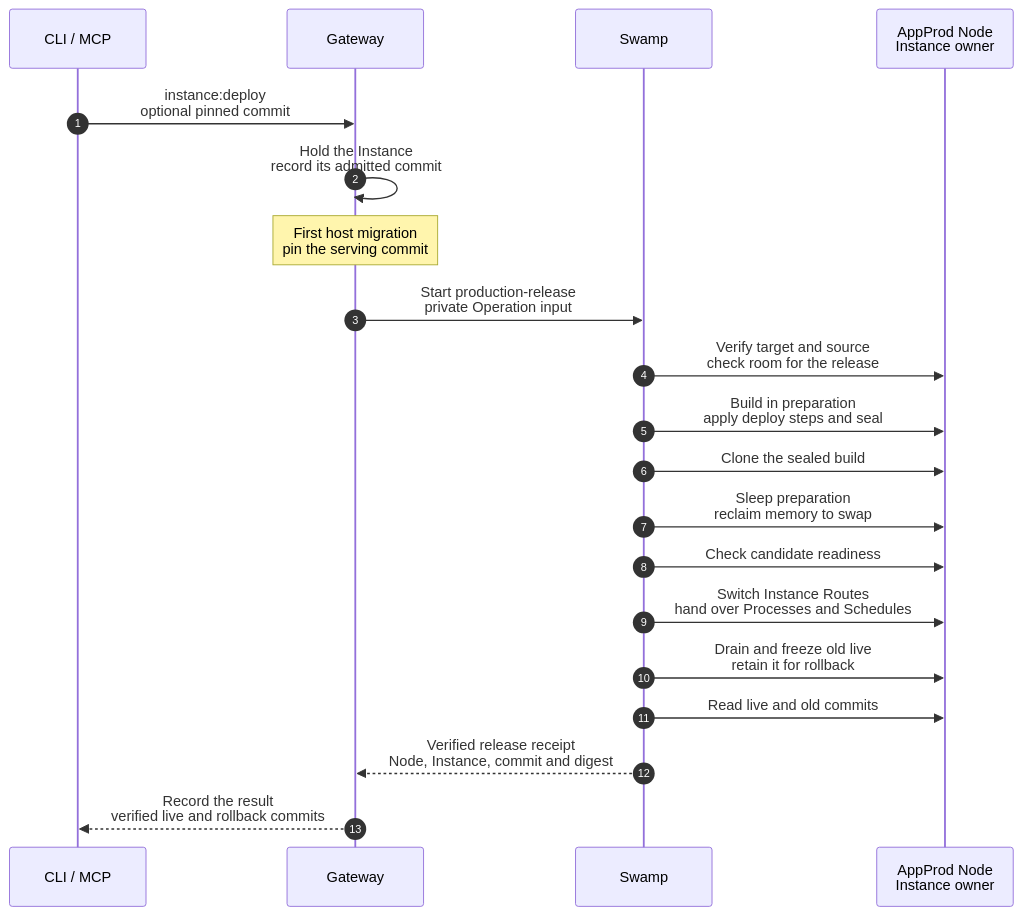
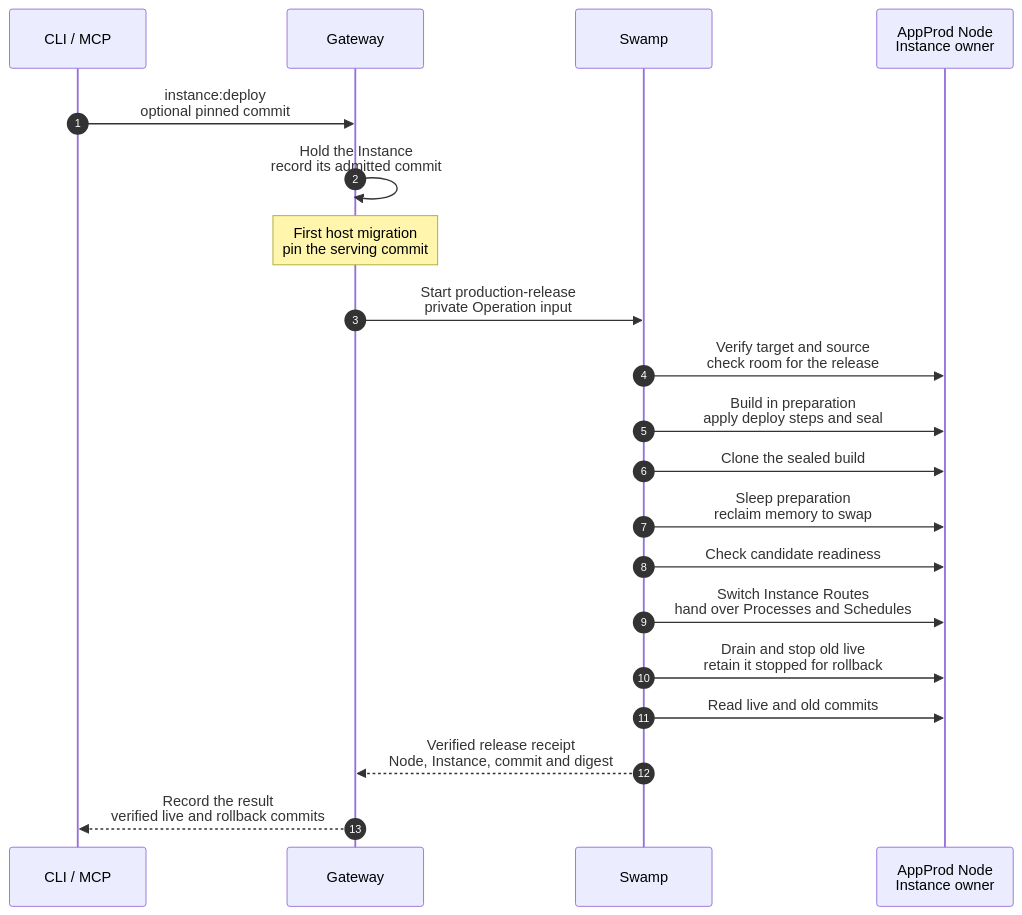
One commit to hardimpactdev/orbit changed the diagram in docs/cli/instance/container/deploy-production.mmd. Above: the diagram before and after it, drawn with Mermaid. The commit also changed 10 other files, not shown here.

First line of the commit message:
Stop the previous production release for rollback instead of freezing it to swap

```diff
--- a/docs/cli/instance/container/deploy-production.mmd
+++ b/docs/cli/instance/container/deploy-production.mmd
@@ -1,23 +1,23 @@
 sequenceDiagram
   %% command: instance:deploy
   %% kind: instance.deploy
   %% status: migrated
   autonumber
   participant CLI as CLI / MCP
   participant GW as Gateway
   participant SW as Swamp
   participant N as AppProd Node<br/>Instance owner
   CLI->>GW: instance:deploy<br/>optional pinned commit
   GW->>GW: Hold the Instance<br/>record its admitted commit
   Note over GW: First host migration<br/>pin the serving commit
   GW->>SW: Start production-release<br/>private Operation input
   SW->>N: Verify target and source<br/>check room for the release
   SW->>N: Build in preparation<br/>apply deploy steps and seal
   SW->>N: Clone the sealed build
   SW->>N: Sleep preparation<br/>reclaim memory to swap
   SW->>N: Check candidate readiness
   SW->>N: Switch Instance Routes<br/>hand over Processes and Schedules
-  SW->>N: Drain and freeze old live<br/>retain it for rollback
+  SW->>N: Drain and stop old live<br/>retain it stopped for rollback
   SW->>N: Read live and old commits
   SW-->>GW: Verified release receipt<br/>Node, Instance, commit and digest
   GW-->>CLI: Record the result<br/>verified live and rollback commits
```
